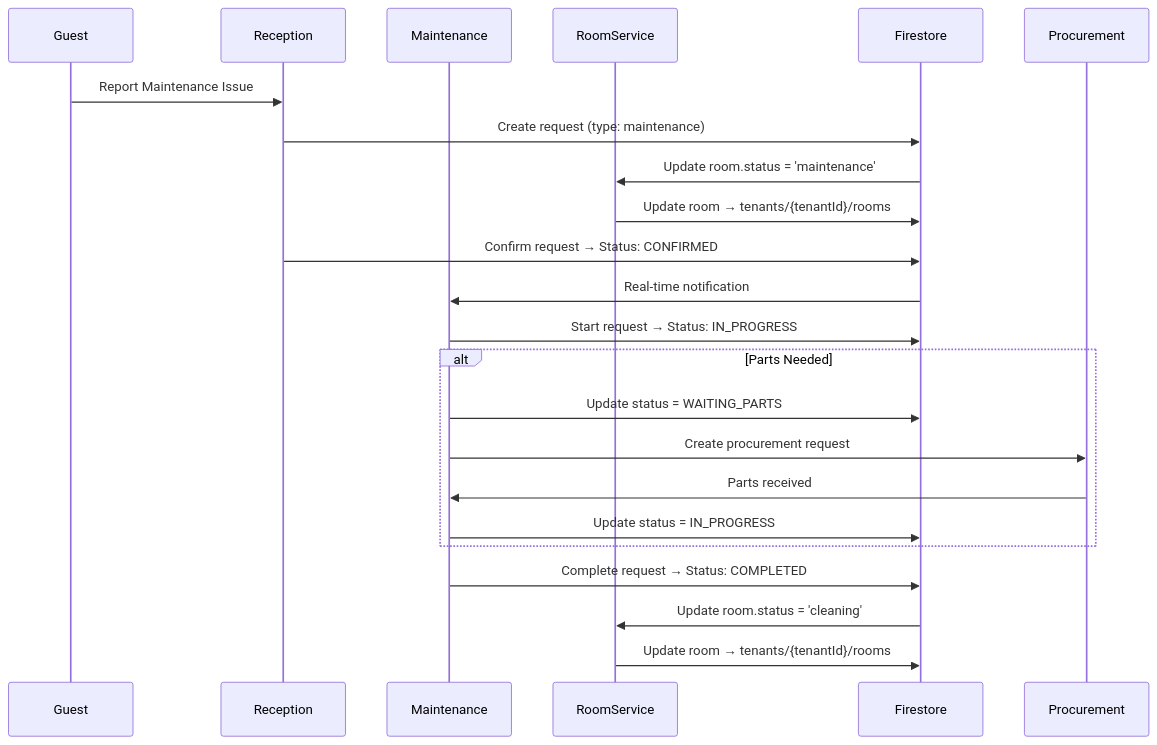
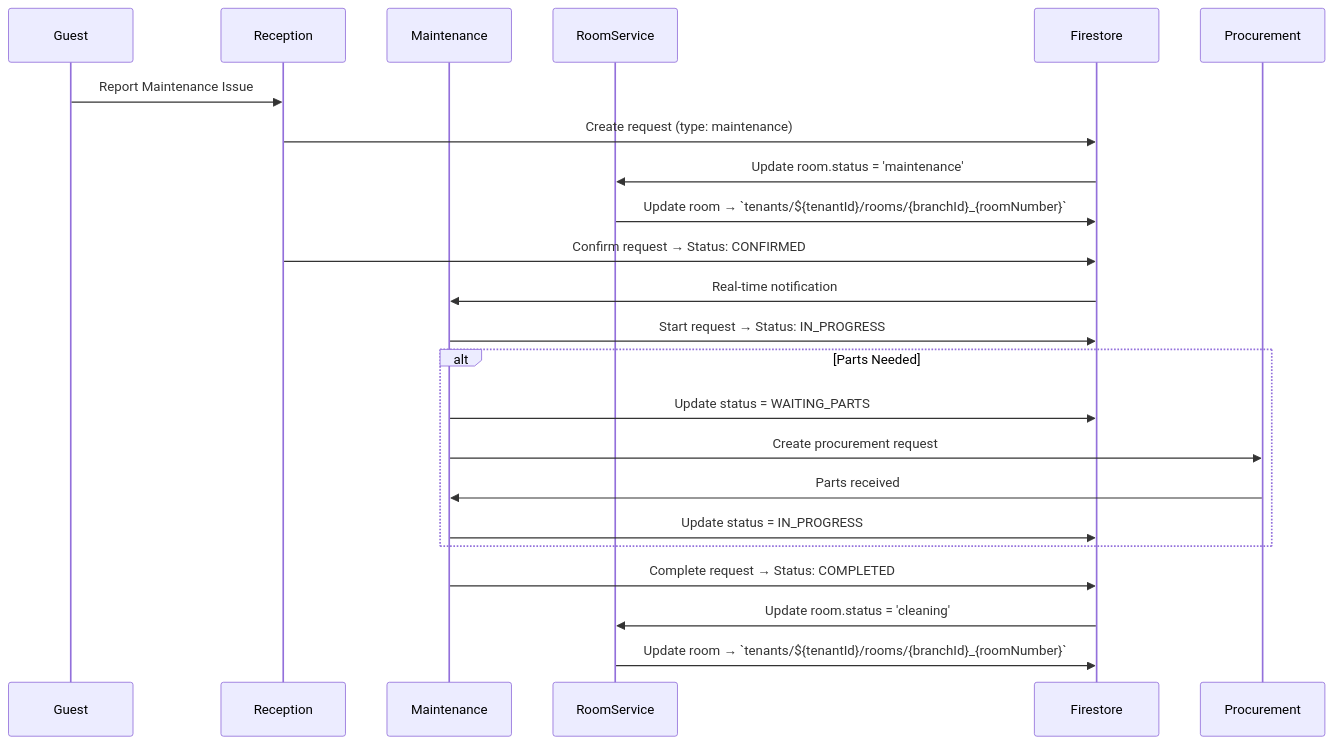
Before and after one commit to 77aayy/Adora-System2026: diagram 12 of 25 in DATA_FLOW_DOCUMENTATION.md, drawn with Mermaid. The commit also changed other lines of this file and 15 other files, not shown here.

First line of the commit message:
fix: Critical Security & Data Flow fixes - Clean Dev Comments

````diff
--- a/DATA_FLOW_DOCUMENTATION.md
+++ b/DATA_FLOW_DOCUMENTATION.md
@@ -488,28 +488,28 @@
 ```mermaid
 sequenceDiagram
     participant Guest
     participant Reception
     participant Maintenance
     participant RoomService
     participant Firestore
 
     Guest->>Reception: Report Maintenance Issue
     Reception->>Firestore: Create request (type: maintenance)
     Firestore->>RoomService: Update room.status = 'maintenance'
-    RoomService->>Firestore: Update room → tenants/{tenantId}/rooms
+    RoomService->>Firestore: Update room → `tenants/${tenantId}/rooms/{branchId}_{roomNumber}`
     
     Reception->>Firestore: Confirm request → Status: CONFIRMED
     Firestore->>Maintenance: Real-time notification
     
     Maintenance->>Firestore: Start request → Status: IN_PROGRESS
     alt Parts Needed
         Maintenance->>Firestore: Update status = WAITING_PARTS
         Maintenance->>Procurement: Create procurement request
         Procurement->>Maintenance: Parts received
         Maintenance->>Firestore: Update status = IN_PROGRESS
     end
     
     Maintenance->>Firestore: Complete request → Status: COMPLETED
     Firestore->>RoomService: Update room.status = 'cleaning'
-    RoomService->>Firestore: Update room → tenants/{tenantId}/rooms
+    RoomService->>Firestore: Update room → `tenants/${tenantId}/rooms/{branchId}_{roomNumber}`
 ```
````
